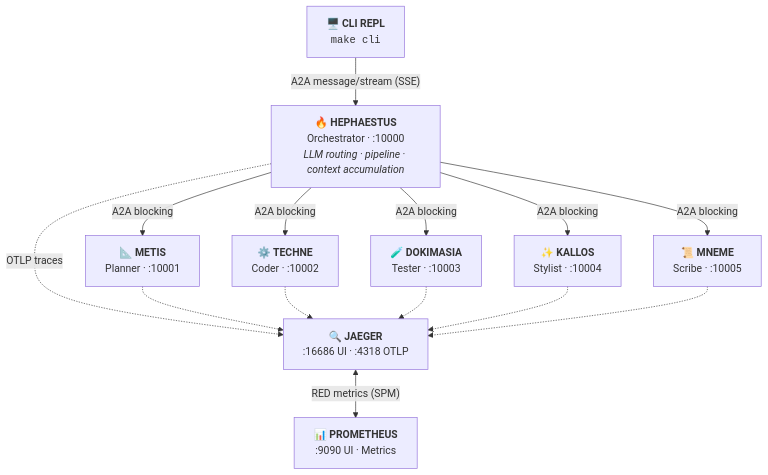
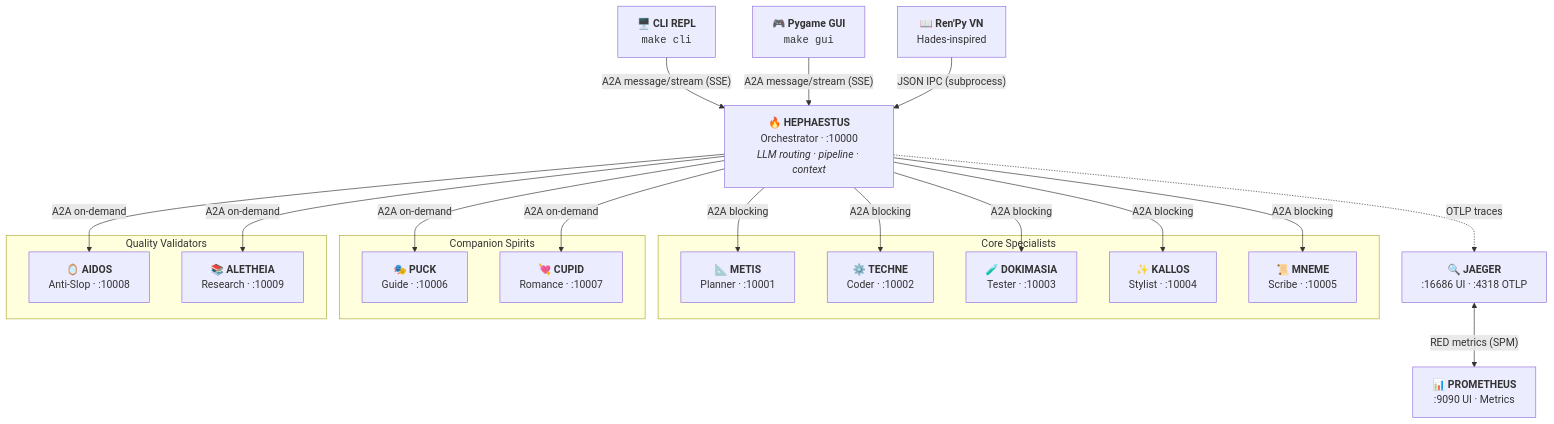
Before and after one commit to ajbarea/kourai-khryseai: the diagram in docs/architecture/index.md, drawn with Mermaid. The commit also changed other lines of this file and 3 other files, not shown here.

First line of the commit message:
docs(architecture): update infrastructure and configuration documentation

````diff
--- a/docs/architecture/index.md
+++ b/docs/architecture/index.md
@@ -17,26 +17,43 @@
 ```mermaid
 flowchart TD
     CLI["🖥️ <b>CLI REPL</b><br/><code>make cli</code>"]
-    HEP["🔥 <b>HEPHAESTUS</b><br/>Orchestrator · :10000<br/><i>LLM routing · pipeline · context accumulation</i>"]
-    MET["📐 <b>METIS</b><br/>Planner · :10001"]
-    TEC["⚙️ <b>TECHNE</b><br/>Coder · :10002"]
-    DOK["🧪 <b>DOKIMASIA</b><br/>Tester · :10003"]
-    KAL["✨ <b>KALLOS</b><br/>Stylist · :10004"]
-    MNE["📜 <b>MNEME</b><br/>Scribe · :10005"]
+    GUI["🎮 <b>Pygame GUI</b><br/><code>make gui</code>"]
+    VN["📖 <b>Ren'Py VN</b><br/>Hades-inspired"]
+    HEP["🔥 <b>HEPHAESTUS</b><br/>Orchestrator · :10000<br/><i>LLM routing · pipeline · context</i>"]
+
+    subgraph core ["Core Specialists"]
+        MET["📐 <b>METIS</b><br/>Planner · :10001"]
+        TEC["⚙️ <b>TECHNE</b><br/>Coder · :10002"]
+        DOK["🧪 <b>DOKIMASIA</b><br/>Tester · :10003"]
+        KAL["✨ <b>KALLOS</b><br/>Stylist · :10004"]
+        MNE["📜 <b>MNEME</b><br/>Scribe · :10005"]
+    end
+
+    subgraph spirits ["Companion Spirits"]
+        PUC["🎭 <b>PUCK</b><br/>Guide · :10006"]
+        CUP["💘 <b>CUPID</b><br/>Romance · :10007"]
+    end
+
+    subgraph validators ["Quality Validators"]
+        AID["🪞 <b>AIDOS</b><br/>Anti-Slop · :10008"]
+        ALE["📚 <b>ALETHEIA</b><br/>Research · :10009"]
+    end
+
     JAE["🔍 <b>JAEGER</b><br/>:16686 UI · :4318 OTLP"]
     PRO["📊 <b>PROMETHEUS</b><br/>:9090 UI · Metrics"]
 
     CLI -->|"A2A message/stream (SSE)"| HEP
+    GUI -->|"A2A message/stream (SSE)"| HEP
+    VN -->|"JSON IPC (subprocess)"| HEP
     HEP -->|"A2A blocking"| MET
     HEP -->|"A2A blocking"| TEC
     HEP -->|"A2A blocking"| DOK
     HEP -->|"A2A blocking"| KAL
     HEP -->|"A2A blocking"| MNE
+    HEP -->|"A2A on-demand"| PUC
+    HEP -->|"A2A on-demand"| CUP
+    HEP -->|"A2A on-demand"| AID
+    HEP -->|"A2A on-demand"| ALE
     HEP -.->|"OTLP traces"| JAE
-    MET -.-> JAE
-    TEC -.-> JAE
-    DOK -.-> JAE
-    KAL -.-> JAE
-    MNE -.-> JAE
     JAE <-->|"RED metrics (SPM)"| PRO
 ```
````
